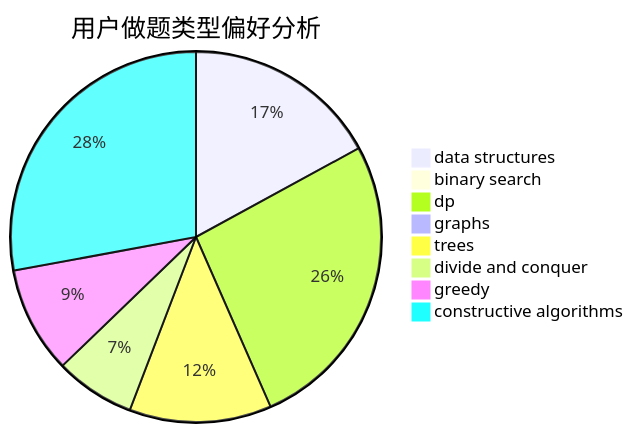
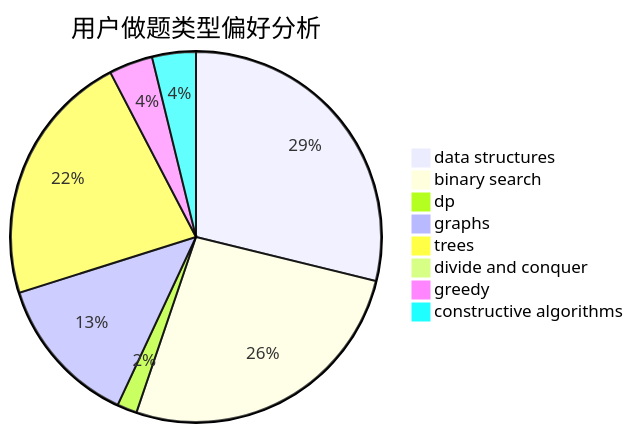
One commit to sherpahu/cfrs.github.io changed the second of 3 diagrams in docs/user/u2103.md. Above: the diagram before and after it, drawn with Mermaid. The commit also changed other lines of this file and 2770 other files, not shown here.

````diff
--- a/docs/user/u2103.md
+++ b/docs/user/u2103.md
@@ -23,11 +23,11 @@
 ```mermaid
 pie title 用户做题类型偏好分析
-    "data structures" :  22
-    "binary search" :  0
-    "dp" :  34
-    "graphs" :  0
-    "trees" :  16
-    "divide and conquer" :  9
-    "greedy" :  12
-    "constructive algorithms" :  36
+    "data structures" :  83
+    "binary search" :  76
+    "dp" :  5
+    "graphs" :  38
+    "trees" :  64
+    "divide and conquer" :  1
+    "greedy" :  11
+    "constructive algorithms" :  11
 ```
````
